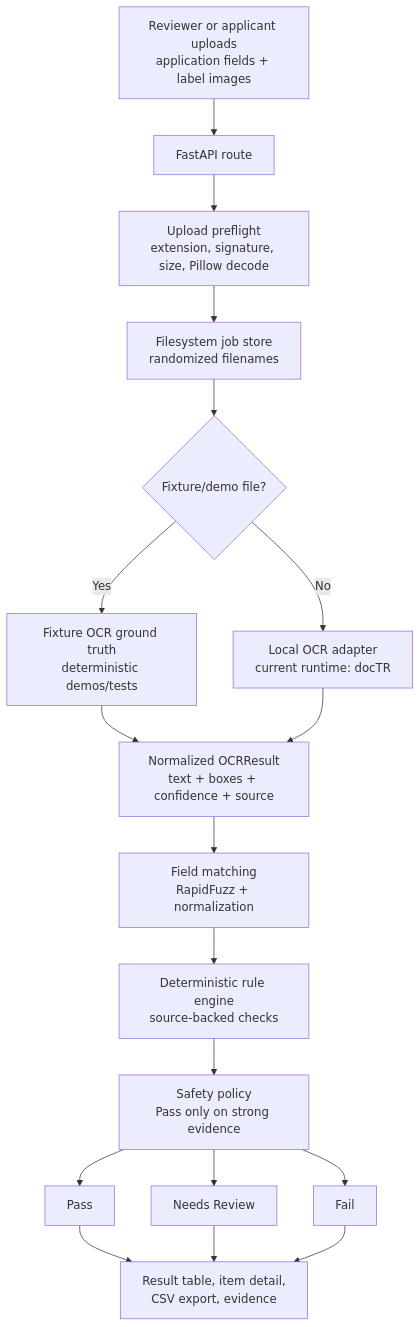
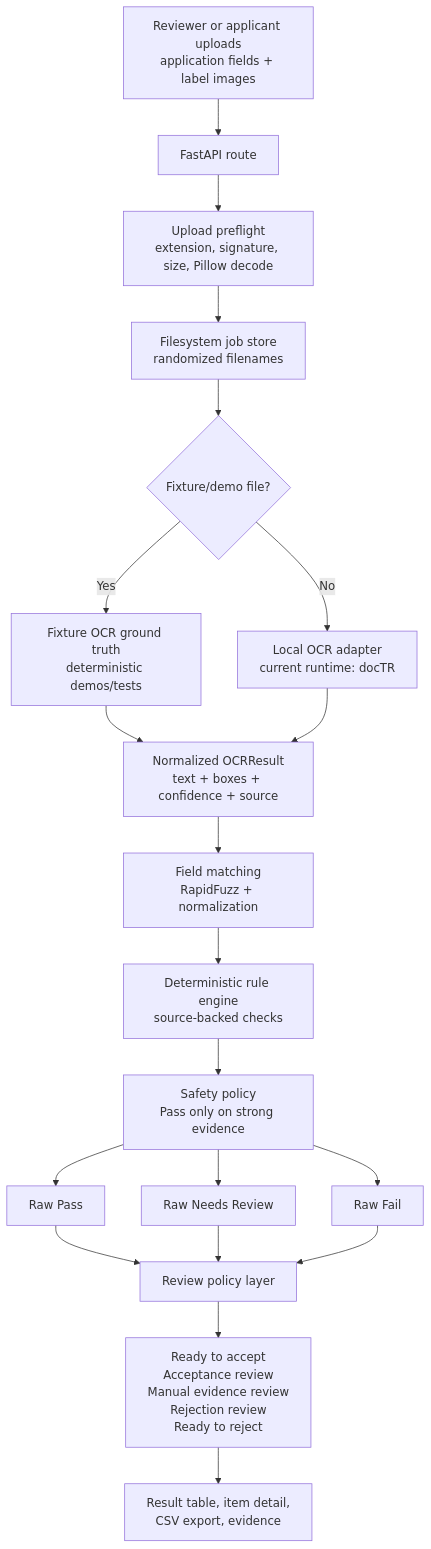
One commit to AaronNHorvitz/Labels-On-Tap changed the first of 10 diagrams in MODEL_ARCHITECTURE.md. Above: the diagram before and after it, drawn with Mermaid. The commit also changed other lines of this file and 19 other files, not shown here.

Commit message:
docs: add reviewer policy routing layer

````diff
--- a/MODEL_ARCHITECTURE.md
+++ b/MODEL_ARCHITECTURE.md
@@ -52,20 +55,22 @@
 ```mermaid
 flowchart TD
     A["Reviewer or applicant uploads<br/>application fields + label images"] --> B["FastAPI route"]
     B --> C["Upload preflight<br/>extension, signature, size, Pillow decode"]
     C --> D["Filesystem job store<br/>randomized filenames"]
     D --> E{"Fixture/demo file?"}
     E -->|Yes| F["Fixture OCR ground truth<br/>deterministic demos/tests"]
     E -->|No| G["Local OCR adapter<br/>current runtime: docTR"]
     F --> H["Normalized OCRResult<br/>text + boxes + confidence + source"]
     G --> H
     H --> I["Field matching<br/>RapidFuzz + normalization"]
     I --> J["Deterministic rule engine<br/>source-backed checks"]
     J --> K["Safety policy<br/>Pass only on strong evidence"]
-    K --> L["Pass"]
-    K --> M["Needs Review"]
-    K --> N["Fail"]
-    L --> O["Result table, item detail,<br/>CSV export, evidence"]
+    K --> L["Raw Pass"]
+    K --> M["Raw Needs Review"]
+    K --> N["Raw Fail"]
+    L --> O["Review policy layer"]
     M --> O
     N --> O
+    O --> P["Ready to accept<br/>Acceptance review<br/>Manual evidence review<br/>Rejection review<br/>Ready to reject"]
+    P --> Q["Result table, item detail,<br/>CSV export, evidence"]
 ```
````
